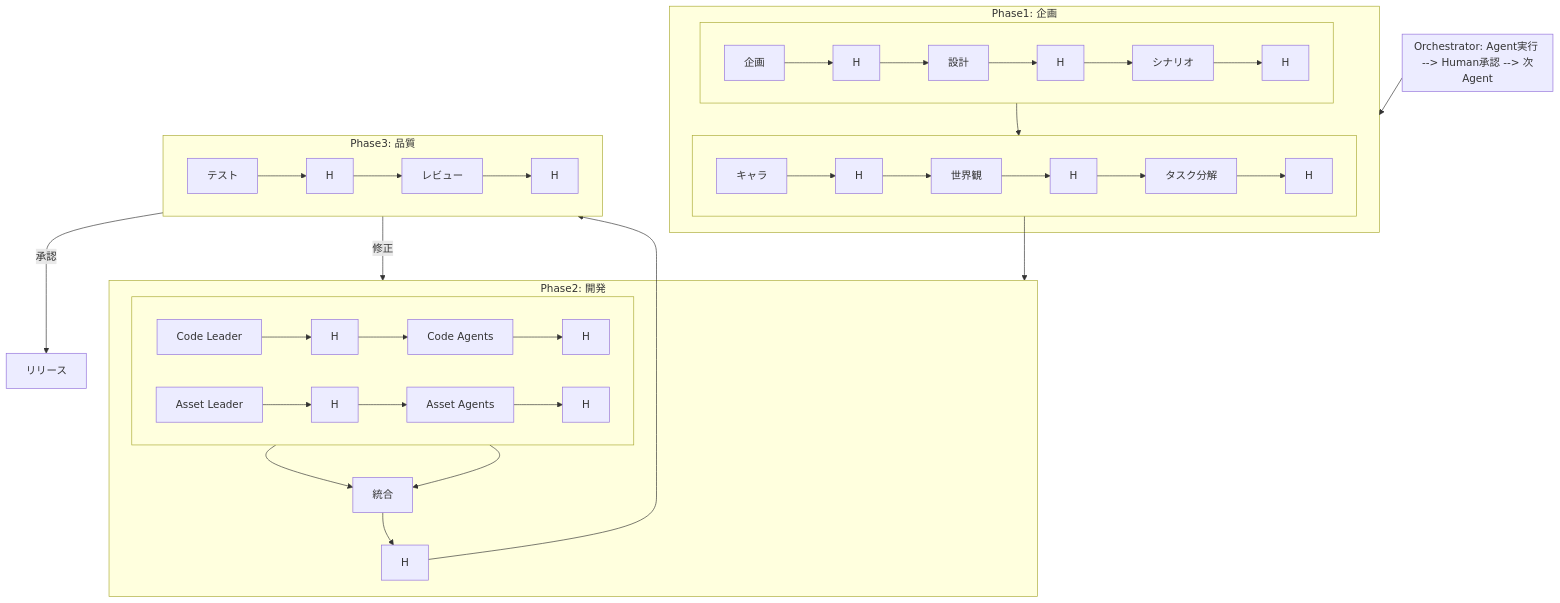
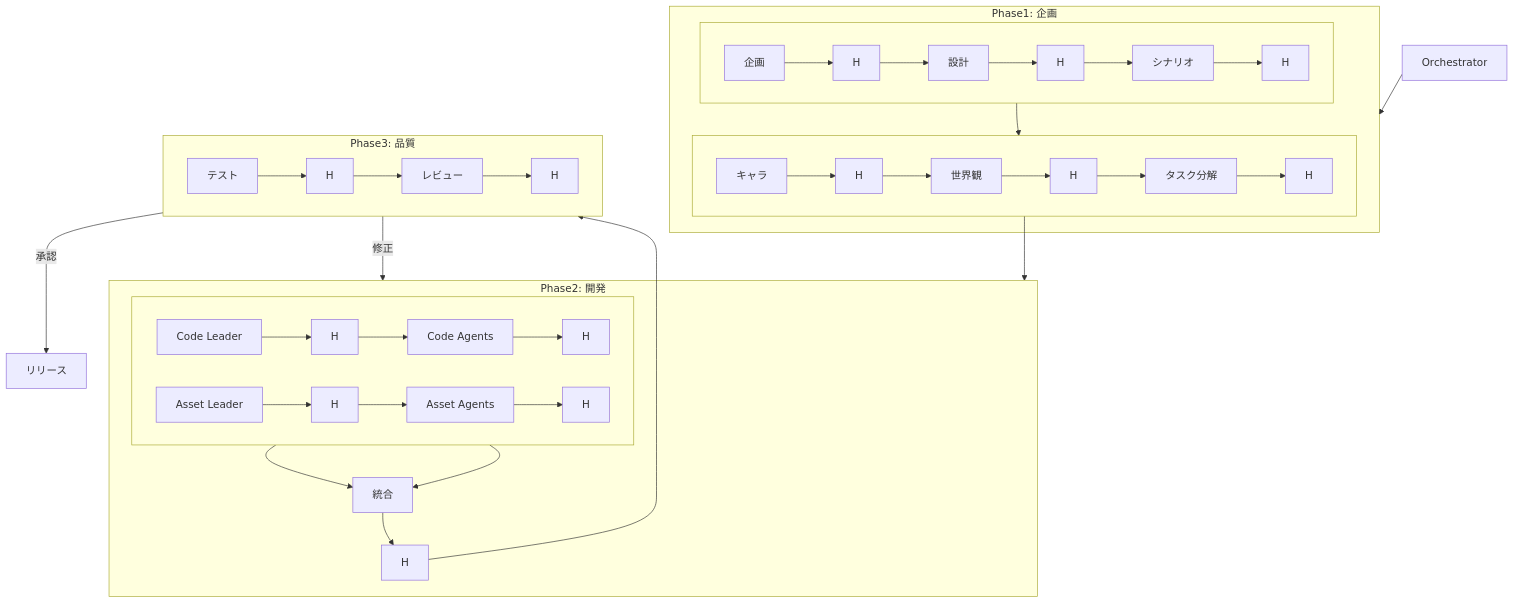
One commit to new-sankaku/toybox changed the first of 13 diagrams in langgraph/ARCHITECTURE.md. Above: the diagram before and after it, drawn with Mermaid.

Commit message:
Fix Orchestrator: simple box at top, remove confusing arrow syntax

````diff
--- a/langgraph/ARCHITECTURE.md
+++ b/langgraph/ARCHITECTURE.md
@@ -25,42 +25,40 @@
 ```mermaid
 flowchart TB
-    subgraph Orch[Orchestrator: Agent実行 --> Human承認 --> 次Agent]
-    end
-
+    Orch[Orchestrator]
     Orch --> Phase1
 
     subgraph Phase1[Phase1: 企画]
         subgraph P1a[" "]
             direction LR
             P1[企画]-->H1[H]-->P2[設計]-->H2[H]-->P3[シナリオ]-->H3[H]
         end
         subgraph P1b[" "]
             direction LR
             P4[キャラ]-->H4[H]-->P5[世界観]-->H5[H]-->P6[タスク分解]-->H6[H]
         end
         P1a --> P1b
     end
 
     H6 --> Phase2
 
     subgraph Phase2[Phase2: 開発]
         subgraph P2a[" "]
             direction LR
             CL[Code Leader]-->HC1[H]-->CA[Code Agents]-->HC2[H]
             AL[Asset Leader]-->HA1[H]-->AA[Asset Agents]-->HA2[H]
         end
         HC2 --> Int[統合]
         HA2 --> Int
         Int --> HI[H]
     end
 
     HI --> Phase3
 
     subgraph Phase3[Phase3: 品質]
         direction LR
         T[テスト]-->HT[H]-->R[レビュー]-->HF[H]
     end
 
     HF -->|承認| Release[リリース]
     HF -->|修正| Phase2
 ```
````
